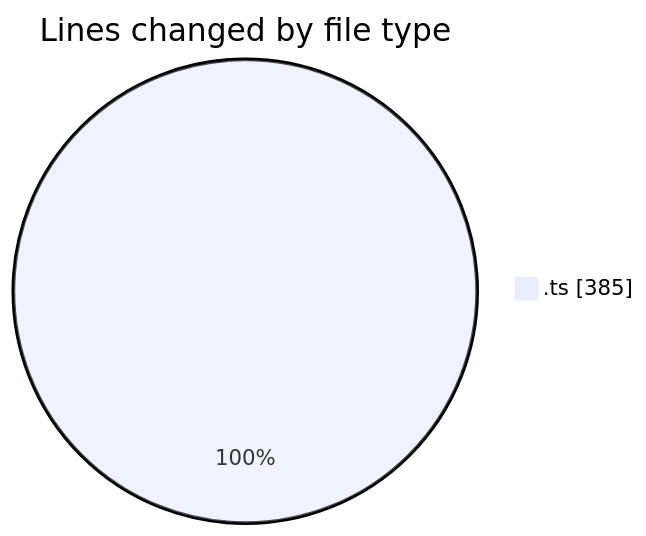
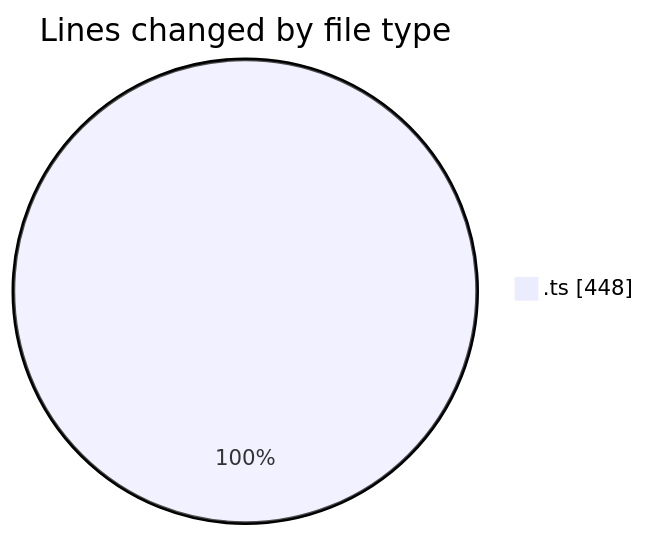
Before and after one commit to momahboobian/code-tracking: the first of 2 diagrams in 2025-08-07/cda/README.md, drawn with Mermaid. The commit also changed other lines of this file and 1 other file, not shown here.

````diff
--- a/2025-08-07/cda/README.md
+++ b/2025-08-07/cda/README.md
@@ -20,5 +20,5 @@
 ```mermaid
 pie showData
 title Lines changed by file type
-".ts" : 385
+".ts" : 448
 ```
````
